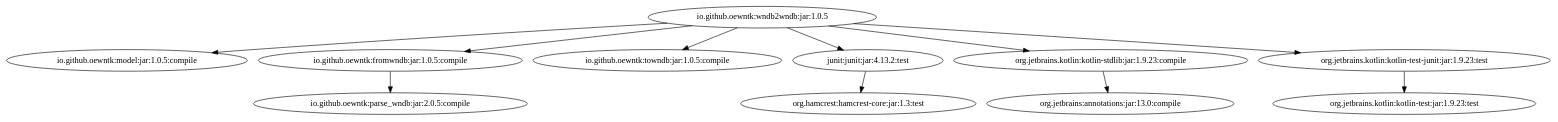
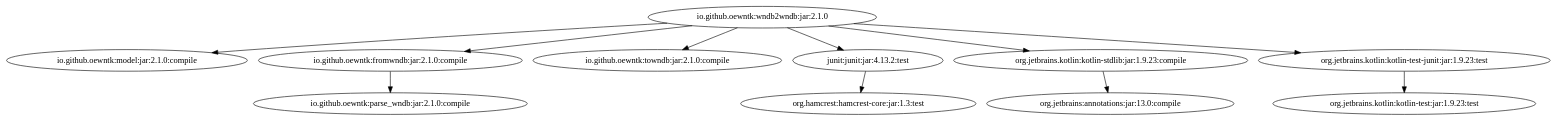
Before and after one commit to oewntk/grind_wndb2wndb: the diagram in images/grind-yaml2wndb.dot, drawn with Graphviz. The commit also changed 2 other files, not shown here.

```diff
--- a/images/grind-yaml2wndb.dot
+++ b/images/grind-yaml2wndb.dot
@@ -1,12 +1,12 @@
-digraph "io.github.oewntk:wndb2wndb:jar:1.0.5" { 
-	"io.github.oewntk:wndb2wndb:jar:1.0.5" -> "io.github.oewntk:model:jar:1.0.5:compile" ; 
-	"io.github.oewntk:wndb2wndb:jar:1.0.5" -> "io.github.oewntk:fromwndb:jar:1.0.5:compile" ; 
-	"io.github.oewntk:wndb2wndb:jar:1.0.5" -> "io.github.oewntk:towndb:jar:1.0.5:compile" ; 
-	"io.github.oewntk:wndb2wndb:jar:1.0.5" -> "junit:junit:jar:4.13.2:test" ; 
-	"io.github.oewntk:wndb2wndb:jar:1.0.5" -> "org.jetbrains.kotlin:kotlin-stdlib:jar:1.9.23:compile" ; 
-	"io.github.oewntk:wndb2wndb:jar:1.0.5" -> "org.jetbrains.kotlin:kotlin-test-junit:jar:1.9.23:test" ; 
-	"io.github.oewntk:fromwndb:jar:1.0.5:compile" -> "io.github.oewntk:parse_wndb:jar:2.0.5:compile" ; 
+digraph "io.github.oewntk:wndb2wndb:jar:2.1.0" { 
+	"io.github.oewntk:wndb2wndb:jar:2.1.0" -> "io.github.oewntk:model:jar:2.1.0:compile" ; 
+	"io.github.oewntk:wndb2wndb:jar:2.1.0" -> "io.github.oewntk:fromwndb:jar:2.1.0:compile" ; 
+	"io.github.oewntk:wndb2wndb:jar:2.1.0" -> "io.github.oewntk:towndb:jar:2.1.0:compile" ; 
+	"io.github.oewntk:wndb2wndb:jar:2.1.0" -> "junit:junit:jar:4.13.2:test" ; 
+	"io.github.oewntk:wndb2wndb:jar:2.1.0" -> "org.jetbrains.kotlin:kotlin-stdlib:jar:1.9.23:compile" ; 
+	"io.github.oewntk:wndb2wndb:jar:2.1.0" -> "org.jetbrains.kotlin:kotlin-test-junit:jar:1.9.23:test" ; 
+	"io.github.oewntk:fromwndb:jar:2.1.0:compile" -> "io.github.oewntk:parse_wndb:jar:2.1.0:compile" ; 
 	"junit:junit:jar:4.13.2:test" -> "org.hamcrest:hamcrest-core:jar:1.3:test" ; 
 	"org.jetbrains.kotlin:kotlin-stdlib:jar:1.9.23:compile" -> "org.jetbrains:annotations:jar:13.0:compile" ; 
 	"org.jetbrains.kotlin:kotlin-test-junit:jar:1.9.23:test" -> "org.jetbrains.kotlin:kotlin-test:jar:1.9.23:test" ; 
  } 
```
